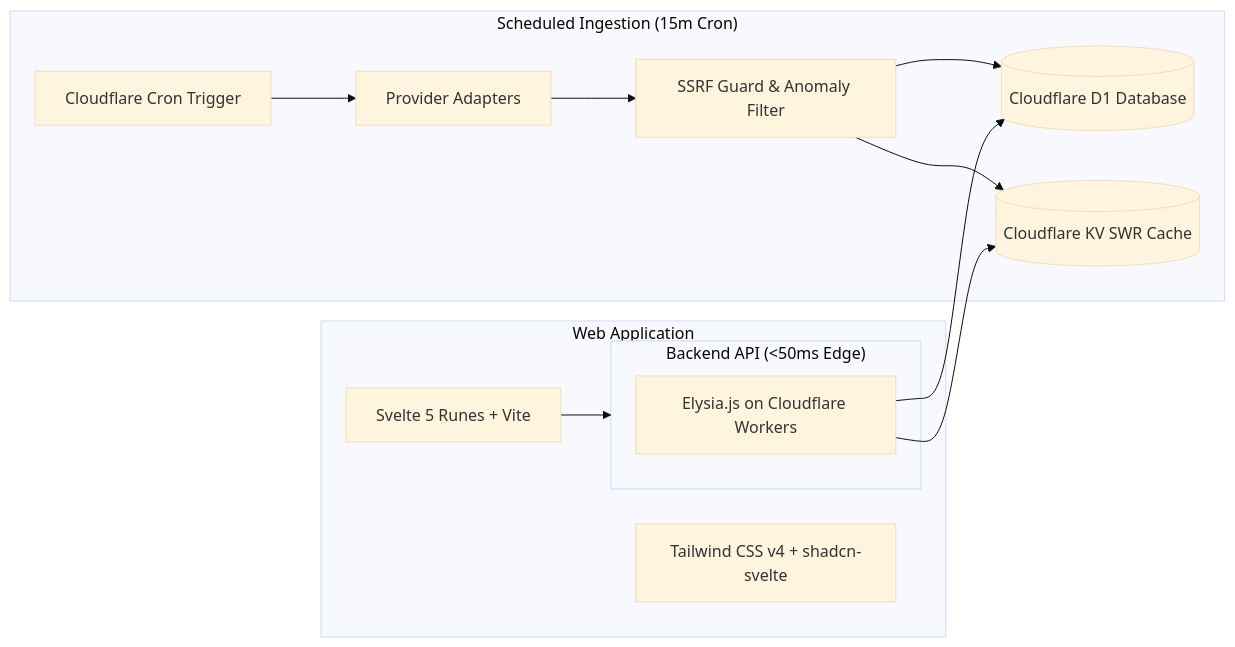
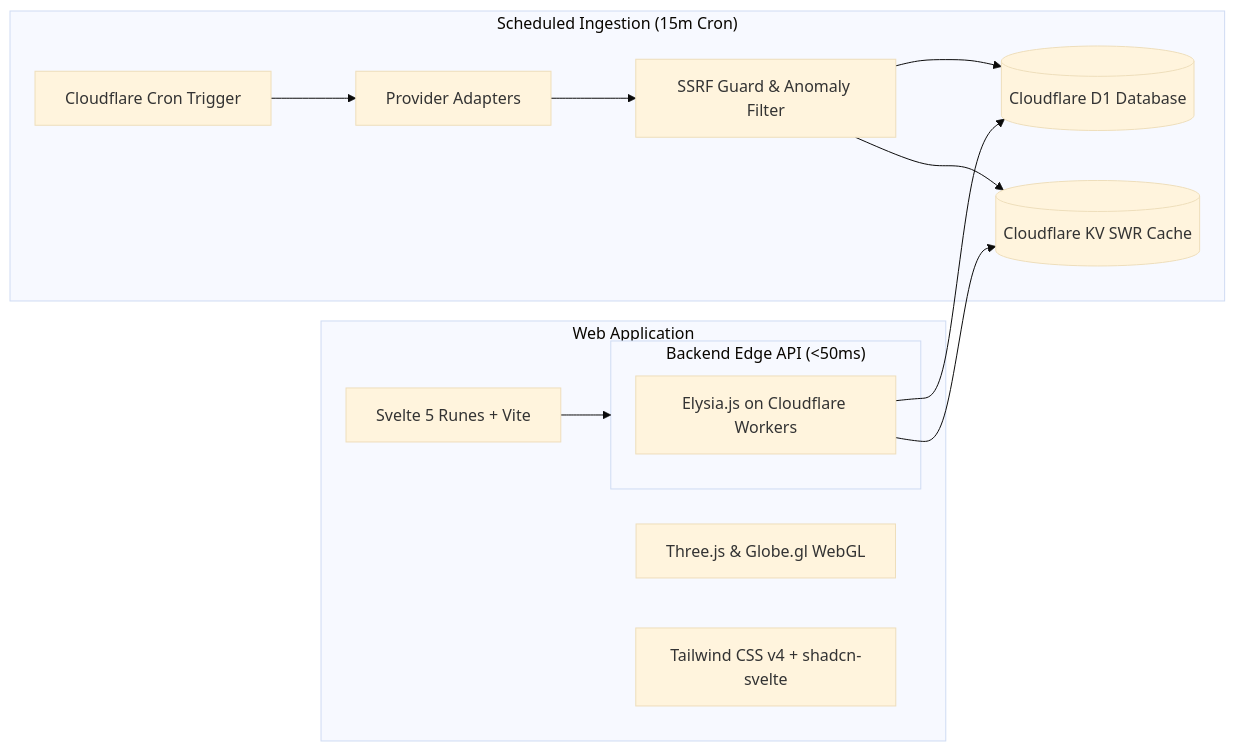
The diagram in README.md (rafliiar17/buanasphere), drawn with Mermaid (base theme) before and after one commit. The commit also changed other lines of this file, not shown here.

````diff
--- a/README.md
+++ b/README.md
@@ -88,21 +82,22 @@
 ```mermaid
 flowchart LR
     subgraph Ingestion ["Scheduled Ingestion (15m Cron)"]
         Cron[Cloudflare Cron Trigger] --> Adapters[Provider Adapters]
         Adapters --> Sanity[SSRF Guard & Anomaly Filter]
         Sanity --> D1[(Cloudflare D1 Database)]
         Sanity --> KV[(Cloudflare KV SWR Cache)]
     end
 
-    subgraph Backend ["Backend API (<50ms Edge)"]
+    subgraph Backend ["Backend Edge API (<50ms)"]
         Elysia[Elysia.js on Cloudflare Workers]
         Elysia --> KV
         Elysia --> D1
     end
 
     subgraph Frontend ["Web Application"]
         Svelte[Svelte 5 Runes + Vite]
+        Three[Three.js & Globe.gl WebGL]
         UI[Tailwind CSS v4 + shadcn-svelte]
         Svelte --> Backend
     end
 ```
````
